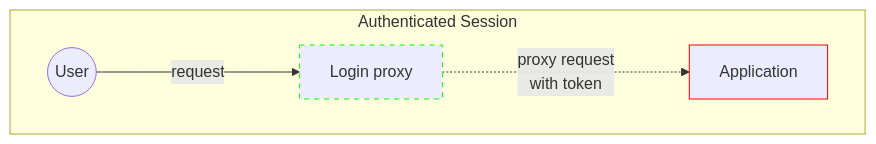
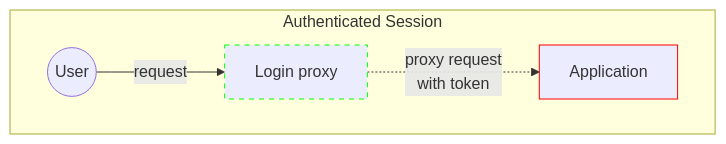
One commit to nais/doc changed the third of 3 diagrams in docs/auth/explanations/README.md. Above: the diagram before and after it, drawn with Mermaid. The commit also changed other lines of this file and 3 other files, not shown here.

First line of the commit message:
auth: fix mermaid diagrams

````diff
--- a/docs/auth/explanations/README.md
+++ b/docs/auth/explanations/README.md
@@ -643,11 +644,12 @@
 ```mermaid
 graph LR
   style Proxy stroke:#0f0,stroke-dasharray: 5
   style Application stroke:#f00
 
   subgraph Session["Authenticated Session"]
     direction LR
-    U((User)) -- "request" ---> Proxy["Login proxy"]
-    Proxy -. "proxy request\n with token" -..-> Application
+    U((User)) -- "request" --> Proxy["Login proxy"]
+    Proxy -. "`proxy request
+    with token`" .-> Application
   end
 ```
````
